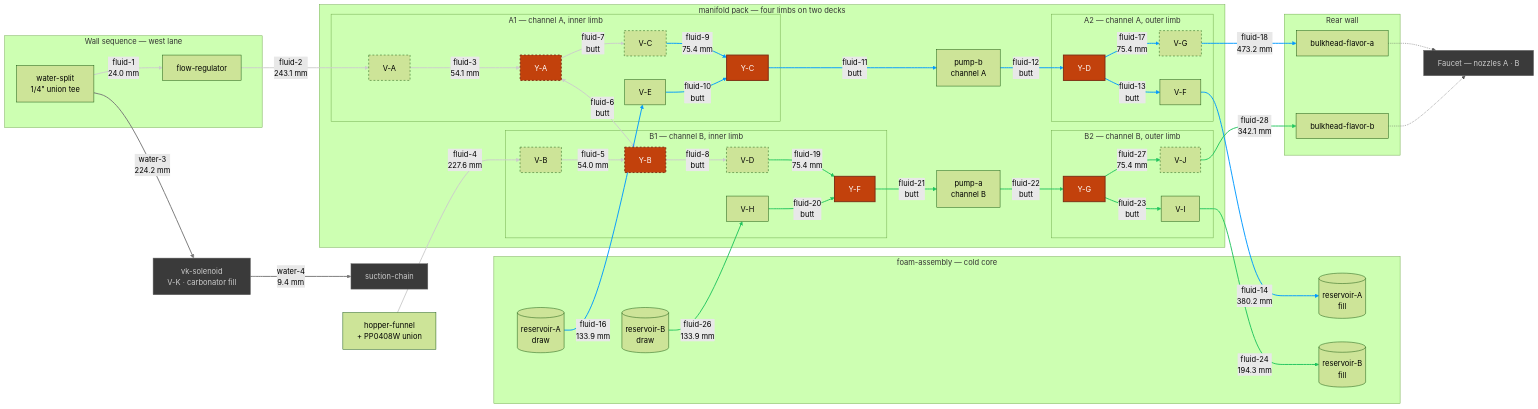
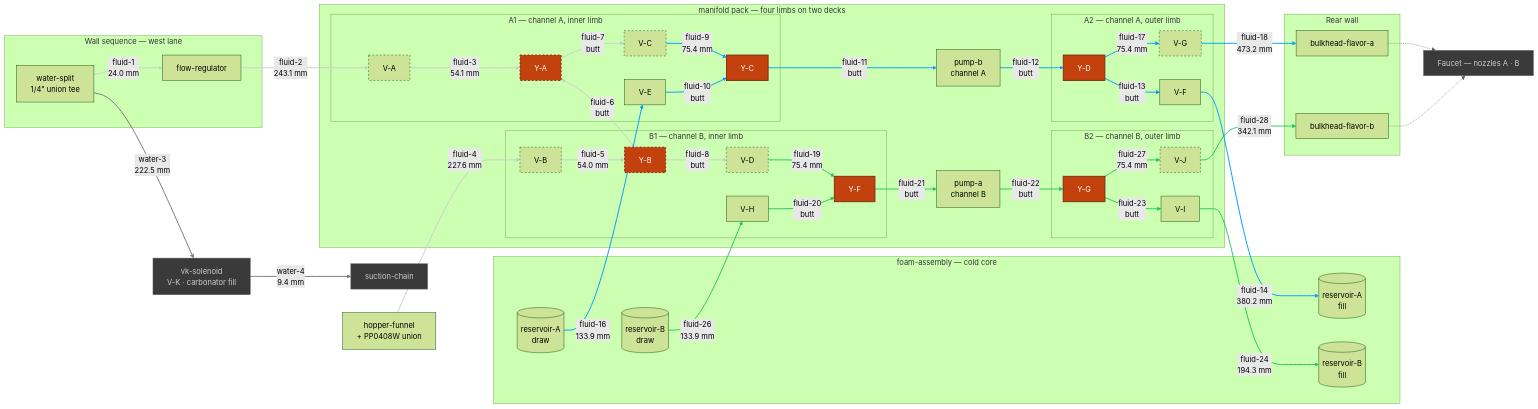
The diagram in hardware/topology/fluid-topology-manifold.mmd (derekbreden/homesodamachine), drawn with Mermaid (forest theme) before and after one commit. The commit also changed 22 other files, not shown here.

```diff
--- a/hardware/topology/fluid-topology-manifold.mmd
+++ b/hardware/topology/fluid-topology-manifold.mmd
@@ -165,7 +165,7 @@
   %% V-K gates the carbonator fill off the same split fluid-1 leaves. It stands on the cold core's
   %% crown, east of the SeaFlo, and water-3 is the one run in the assembly that crosses the whole
   %% machine — the split is in the west lane, V-K is on the east, and its inlet faces forward.
-  Split -->|"water-3<br/>224.2 mm"| VK
+  Split -->|"water-3<br/>222.5 mm"| VK
   VK -->|"water-4<br/>9.4 mm"| SuctChain
 
   %% =========================
```
